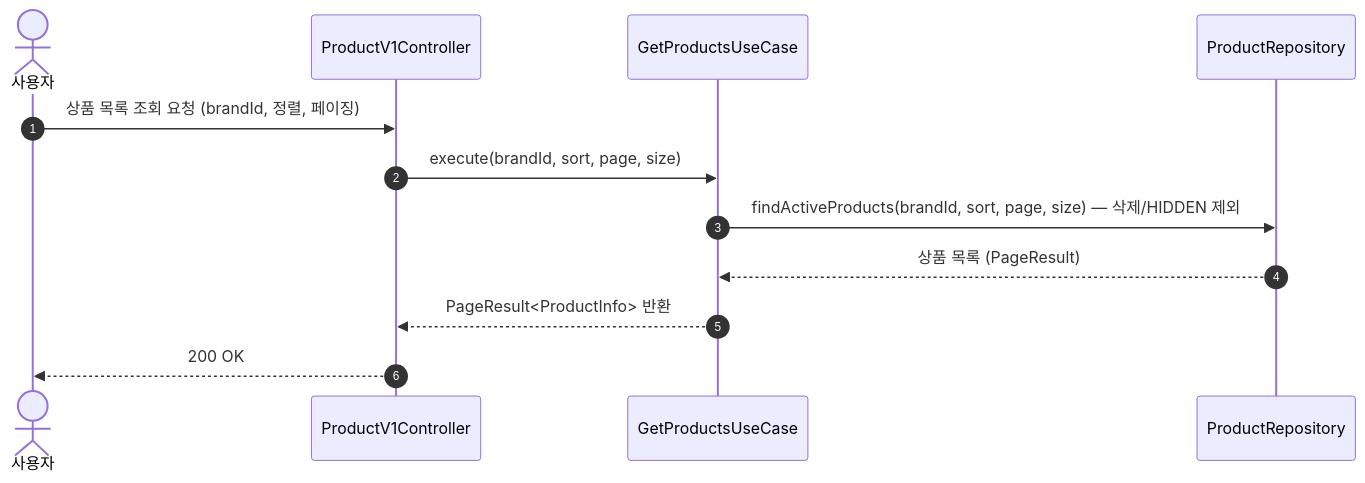
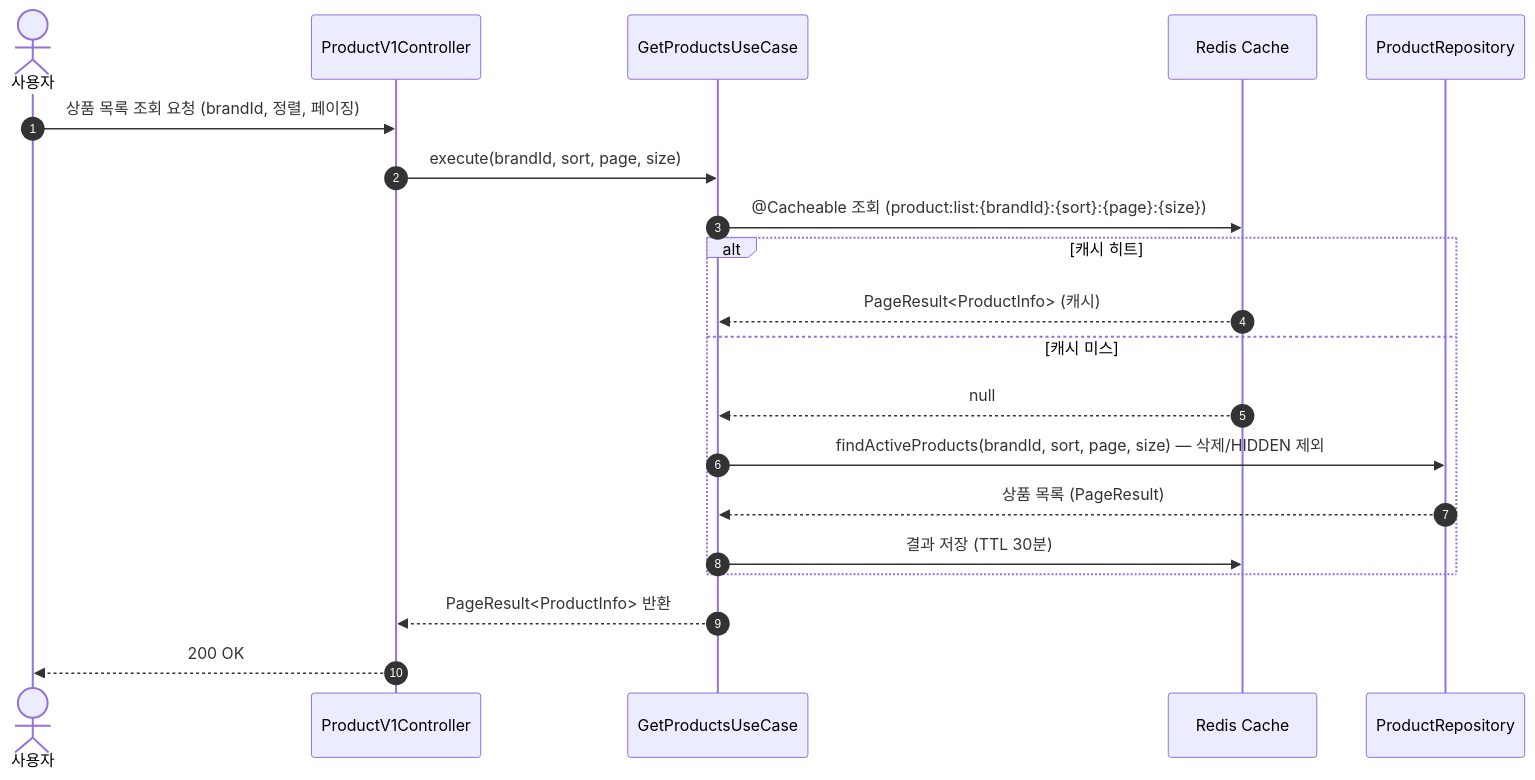
The second of 30 diagrams in docs/design/02-sequence-diagrams.md (Loopers-dev-lab/loop-pack-be-l2-vol3-kotlin), drawn with Mermaid before and after one commit. The commit also changed other lines of this file and 4 other files, not shown here.

````diff
--- a/docs/design/02-sequence-diagrams.md
+++ b/docs/design/02-sequence-diagrams.md
@@ -47,14 +47,22 @@
 ```mermaid
 sequenceDiagram
     autonumber
     actor User as 사용자
     participant C as ProductV1Controller
     participant UC as GetProductsUseCase
+    participant Cache as Redis Cache
     participant R as ProductRepository
     User ->> C: 상품 목록 조회 요청 (brandId, 정렬, 페이징)
     C ->> UC: execute(brandId, sort, page, size)
-    UC ->> R: findActiveProducts(brandId, sort, page, size) — 삭제/HIDDEN 제외
-    R -->> UC: 상품 목록 (PageResult)
+    UC ->> Cache: @Cacheable 조회 (product:list:{brandId}:{sort}:{page}:{size})
+    alt 캐시 히트
+        Cache -->> UC: PageResult<ProductInfo> (캐시)
+    else 캐시 미스
+        Cache -->> UC: null
+        UC ->> R: findActiveProducts(brandId, sort, page, size) — 삭제/HIDDEN 제외
+        R -->> UC: 상품 목록 (PageResult)
+        UC ->> Cache: 결과 저장 (TTL 30분)
+    end
     UC -->> C: PageResult<ProductInfo> 반환
     C -->> User: 200 OK
 ```
````
